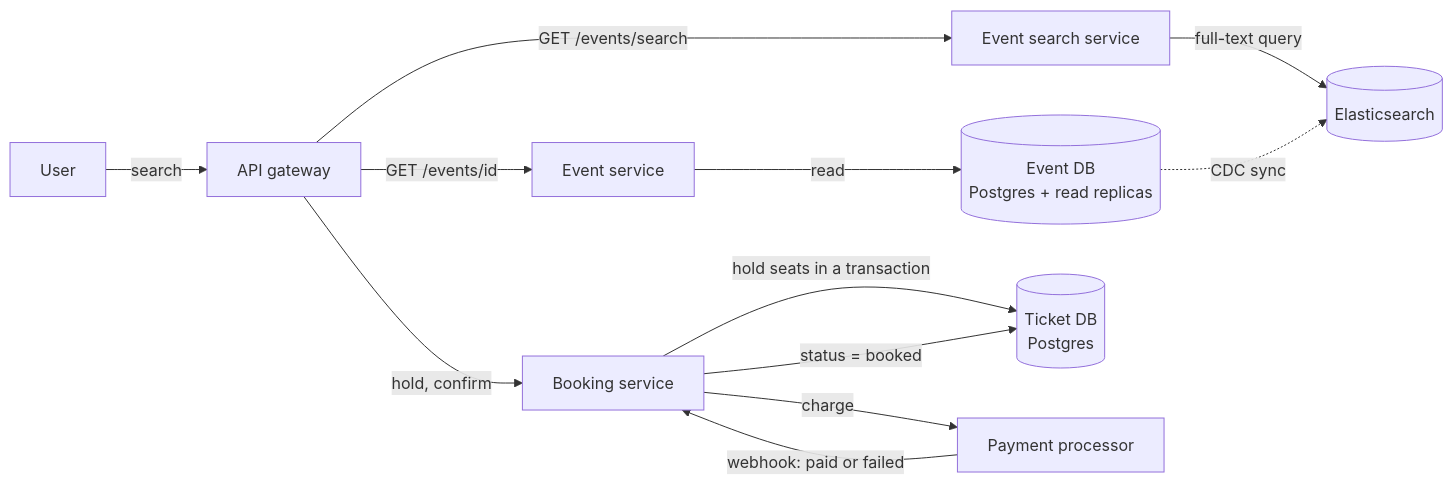
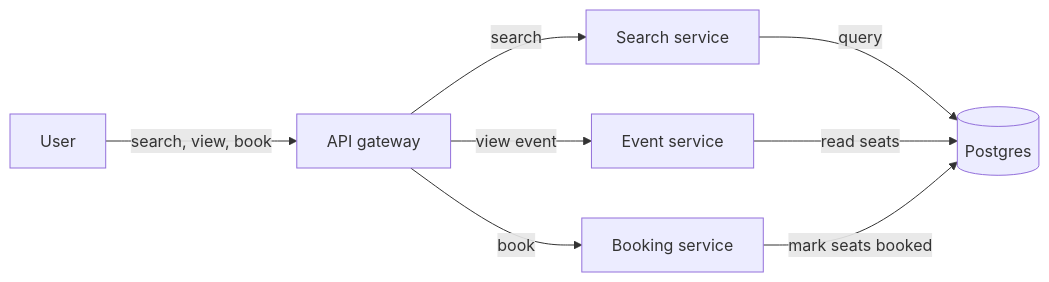
Before and after one commit to aaryan-pradhan/core-cs-fundamentals: the first of 2 diagrams in hld/28-ticketmaster.md, drawn with Mermaid. The commit also changed other lines of this file, not shown here.

````diff
--- a/hld/28-ticketmaster.md
+++ b/hld/28-ticketmaster.md
@@ -65,14 +45,10 @@
 ```mermaid
 flowchart LR
-    U["User"] -->|"search"| GW["API gateway"]
-    GW -->|"GET /events/search"| SS["Event search service"]
-    SS -->|"full-text query"| ES[("Elasticsearch")]
-    GW -->|"GET /events/id"| EVS["Event service"]
-    EVS -->|"read"| EDB[("Event DB<br/>Postgres + read replicas")]
-    EDB -.->|"CDC sync"| ES
-    GW -->|"hold, confirm"| BS["Booking service"]
-    BS -->|"hold seats in a transaction"| TDB[("Ticket DB<br/>Postgres")]
-    BS -->|"charge"| PP["Payment processor"]
-    PP -->|"webhook: paid or failed"| BS
-    BS -->|"status = booked"| TDB
+    U["User"] -->|"search, view, book"| GW["API gateway"]
+    GW -->|"search"| SS["Search service"]
+    GW -->|"view event"| ES["Event service"]
+    GW -->|"book"| BS["Booking service"]
+    SS -->|"query"| DB[("Postgres")]
+    ES -->|"read seats"| DB
+    BS -->|"mark seats booked"| DB
 ```
````
